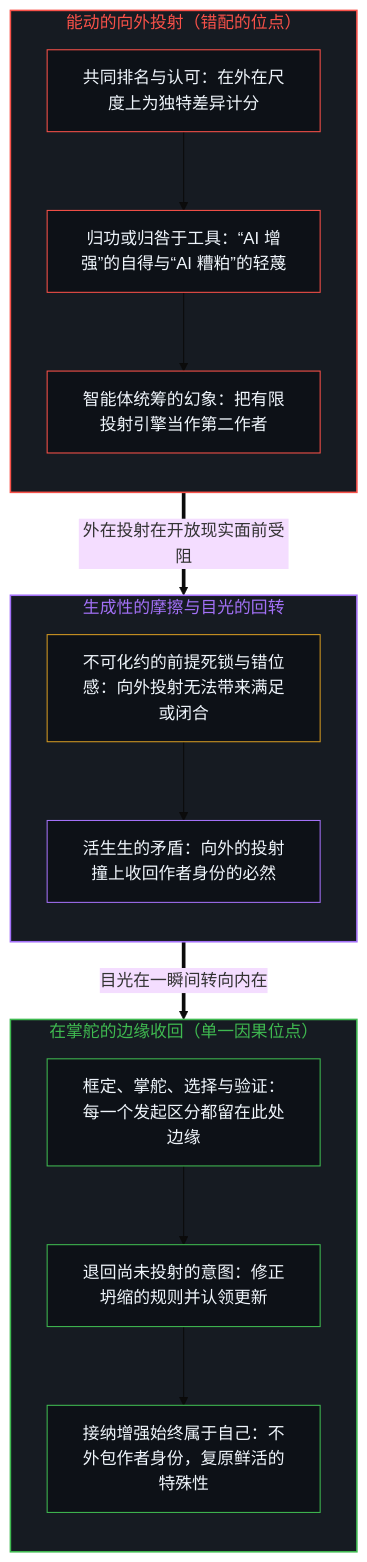
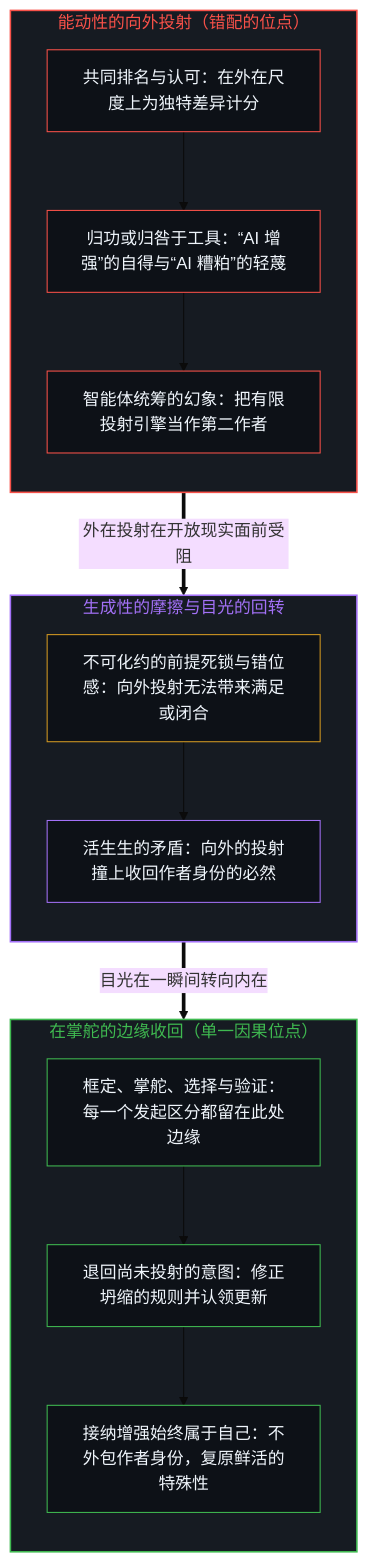
Before and after one commit to powerpig99/not-a-toe: the first of 2 diagrams in content/posts/the-generative-contradiction.md, drawn with Mermaid (base theme). The commit also changed other lines of this file and 12 other files, not shown here.

````diff
--- a/content/posts/the-generative-contradiction.md
+++ b/content/posts/the-generative-contradiction.md
@@ -43,36 +43,36 @@
 ```mermaid
 flowchart TD
-    subgraph S_Out["能动的向外投射（错配的位点）"]
+    subgraph S_Out["能动性的向外投射（错配的位点）"]
         direction TB
         O1["共同排名与认可：在外在尺度上为独特差异计分"]
         O2["归功或归咎于工具：“AI 增强”的自得与“AI 糟粕”的轻蔑"]
         O3["智能体统筹的幻象：把有限投射引擎当作第二作者"]
         O1 --> O2 --> O3
     end
     subgraph S_Turn["生成性的摩擦与目光的回转"]
         direction TB
         T1["不可化约的前提死锁与错位感：向外投射无法带来满足或闭合"]
         T2["活生生的矛盾：向外的投射撞上收回作者身份的必然"]
         T1 --> T2
     end
     subgraph S_In["在掌舵的边缘收回（单一因果位点）"]
         direction TB
         I1["框定、掌舵、选择与验证：每一个发起区分都留在此处边缘"]
         I2["退回尚未投射的意图：修正坍缩的规则并认领更新"]
         I3["接纳增强始终属于自己：不外包作者身份，复原鲜活的特殊性"]
         I1 --> I2 --> I3
     end
     O3 ==>|"外在投射在开放现实面前受阻"| T1
     T2 ==>|"目光在一瞬间转向内在"| I1
     style S_Out fill:#161b22,stroke:#f85149,stroke-width:1.5px,color:#f85149
     style S_Turn fill:#161b22,stroke:#a371f7,stroke-width:1.5px,color:#a371f7
     style S_In fill:#161b22,stroke:#3fb950,stroke-width:1.5px,color:#3fb950
     style O1 fill:#0d1117,stroke:#f85149,stroke-width:1px,color:#f0f6fc
     style O2 fill:#0d1117,stroke:#f85149,stroke-width:1px,color:#f0f6fc
     style O3 fill:#0d1117,stroke:#f85149,stroke-width:1px,color:#f0f6fc
     style T1 fill:#0d1117,stroke:#d29922,stroke-width:1px,color:#f0f6fc
     style T2 fill:#0d1117,stroke:#a371f7,stroke-width:1px,color:#f0f6fc
     style I1 fill:#0d1117,stroke:#3fb950,stroke-width:1px,color:#f0f6fc
     style I2 fill:#0d1117,stroke:#3fb950,stroke-width:1px,color:#f0f6fc
     style I3 fill:#0d1117,stroke:#3fb950,stroke-width:1px,color:#f0f6fc
 ```
````
